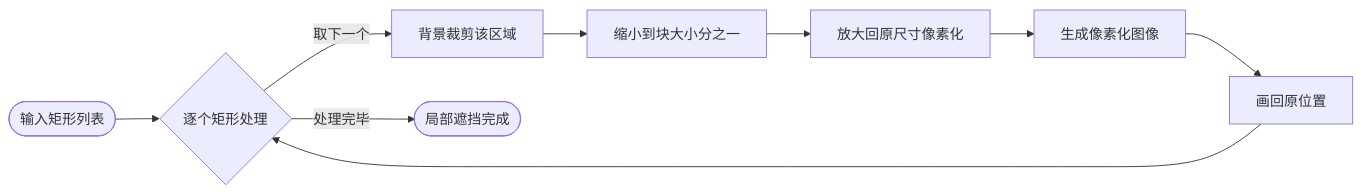
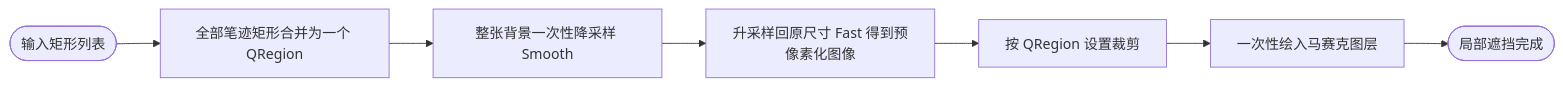
The fifth of 12 diagrams in docs/annotation.md (ChiangyangNPU/quick-shot), drawn with Mermaid before and after one commit. The commit also changed other lines of this file and 3 other files, not shown here.

````diff
--- a/docs/annotation.md
+++ b/docs/annotation.md
@@ -341,11 +355,9 @@
 ```mermaid
 graph LR
-    S([输入矩形列表]) --> N{逐个矩形处理}
-    N -->|取下一个| C1[背景裁剪该区域]
-    C1 --> C2[缩小到块大小分之一]
-    C2 --> C3[放大回原尺寸像素化]
-    C3 --> C4[生成像素化图像]
-    C4 --> C5[画回原位置]
-    C5 --> N
-    N -->|处理完毕| D([局部遮挡完成])
+    S([输入矩形列表]) --> N[全部笔迹矩形合并为一个 QRegion]
+    N --> C1[整张背景一次性降采样 Smooth]
+    C1 --> C2[升采样回原尺寸 Fast 得到预像素化图像]
+    C2 --> C3[按 QRegion 设置裁剪]
+    C3 --> C4[一次性绘入马赛克图层]
+    C4 --> D([局部遮挡完成])
 ```
````
